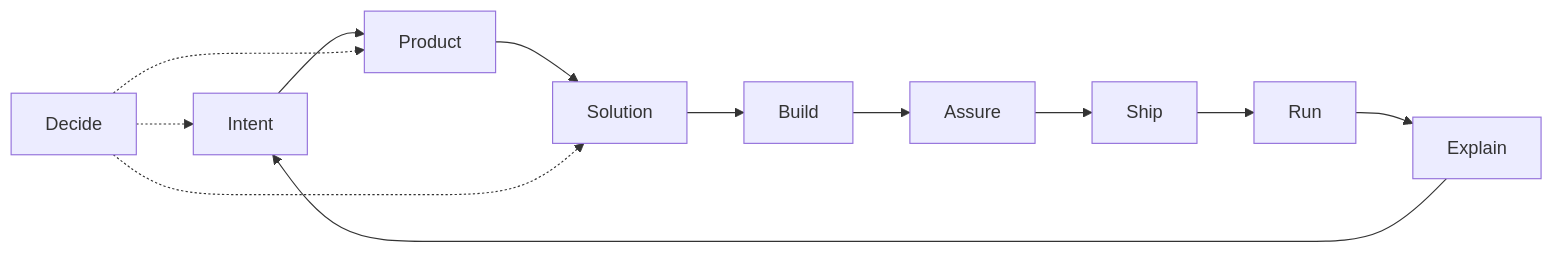
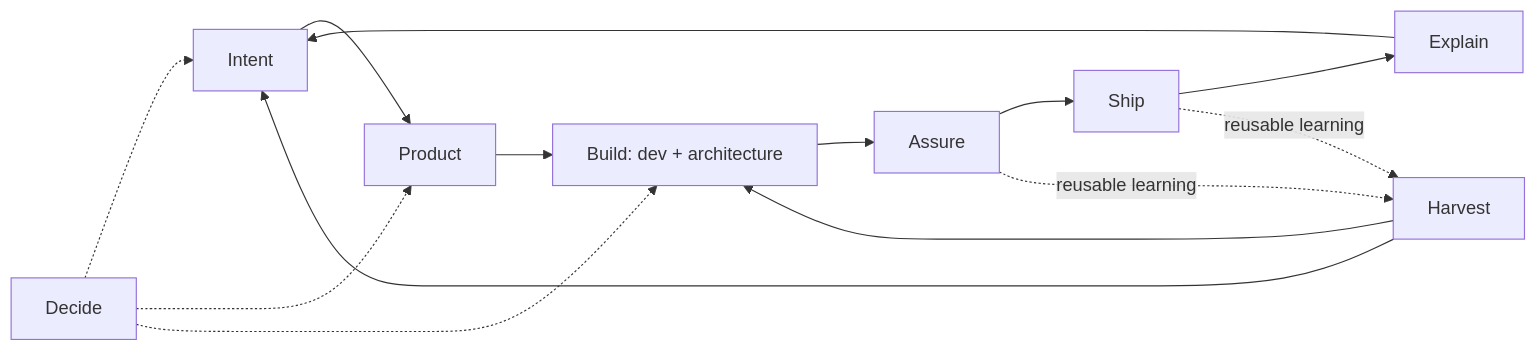
Before and after one commit to sajjadmurtaza/dotfiles: the diagram in agents/skills/README.md, drawn with Mermaid. The commit also changed other lines of this file and 34 other files, not shown here.

````diff
--- a/agents/skills/README.md
+++ b/agents/skills/README.md
@@ -96,14 +94,16 @@
 ```mermaid
 flowchart LR
   Intent[Intent] --> Product[Product]
-  Product --> Solution[Solution]
-  Solution --> Build[Build]
+  Product --> Build["Build: dev + architecture"]
   Build --> Assure[Assure]
   Assure --> Ship[Ship]
-  Ship --> Run[Run]
-  Run --> Explain[Explain]
+  Ship --> Explain[Explain]
   Explain --> Intent
+  Assure -. reusable learning .-> Harvest[Harvest]
+  Ship -. reusable learning .-> Harvest
+  Harvest --> Intent
+  Harvest --> Build
   Decide[Decide] -.-> Intent
   Decide -.-> Product
-  Decide -.-> Solution
+  Decide -.-> Build
 ```
````
